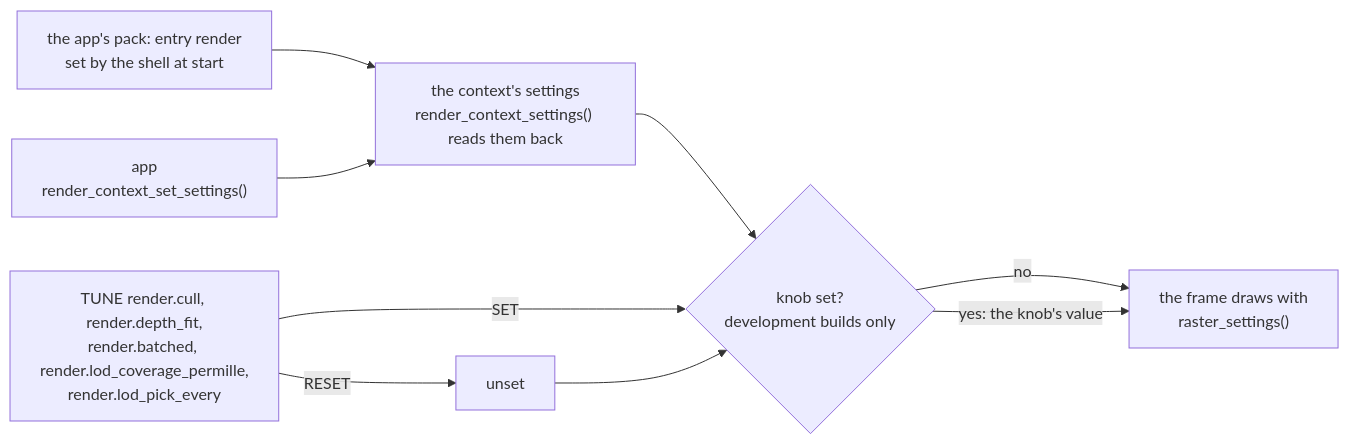
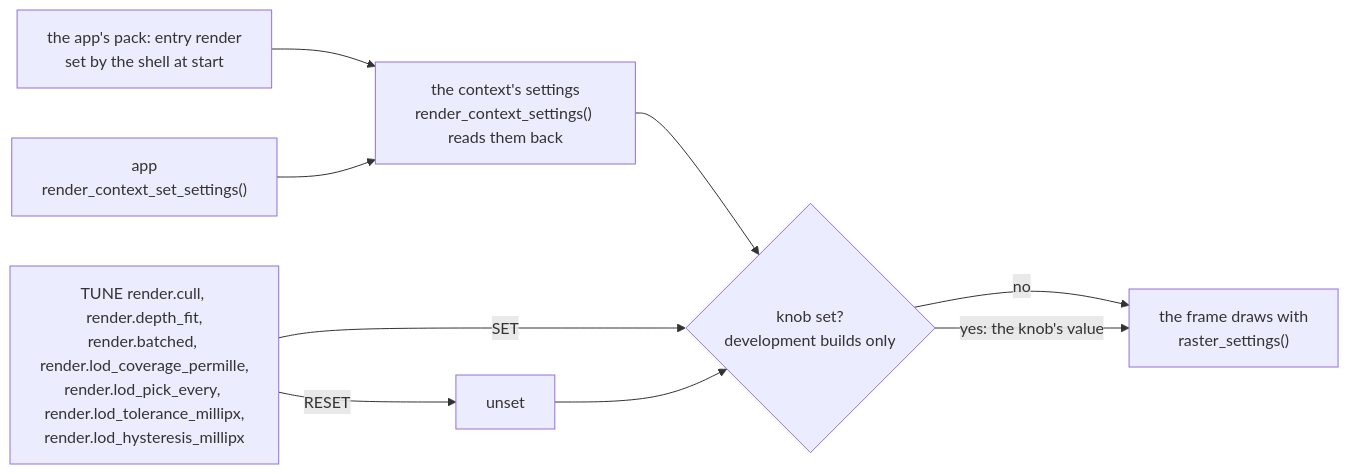
One commit to jose-villegas/autana changed the first of 4 diagrams in docs/render/Render-Settings.md. Above: the diagram before and after it, drawn with Mermaid. The commit also changed 2 other files, not shown here.

Commit message:
render: TUNE overrides for lod.tolerance_px and lod.hysteresis_px in thousandths of a pixel, so a replay scores a path at the tolerance a budget picks (autana-g78sg)

````diff
--- a/docs/render/Render-Settings.md
+++ b/docs/render/Render-Settings.md
@@ -14,11 +14,11 @@
 ```mermaid
 flowchart LR
     Asset["the app's pack: entry render<br/>set by the shell at start"] --> Settings
     App["app<br/>render_context_set_settings()"] --> Settings["the context's settings<br/>render_context_settings() reads them back"]
     Settings --> Pick{"knob set?<br/>development builds only"}
-    Knob["TUNE render.cull, render.depth_fit,<br/>render.batched, render.lod_coverage_permille,<br/>render.lod_pick_every"] -->|SET| Pick
+    Knob["TUNE render.cull, render.depth_fit,<br/>render.batched, render.lod_coverage_permille,<br/>render.lod_pick_every, render.lod_tolerance_millipx,<br/>render.lod_hysteresis_millipx"] -->|SET| Pick
     Knob -->|RESET| Unset["unset"]
     Unset --> Pick
     Pick -->|"no"| Frame["the frame draws with<br/>raster_settings()"]
     Pick -->|"yes: the knob's value"| Frame
 ```
````
